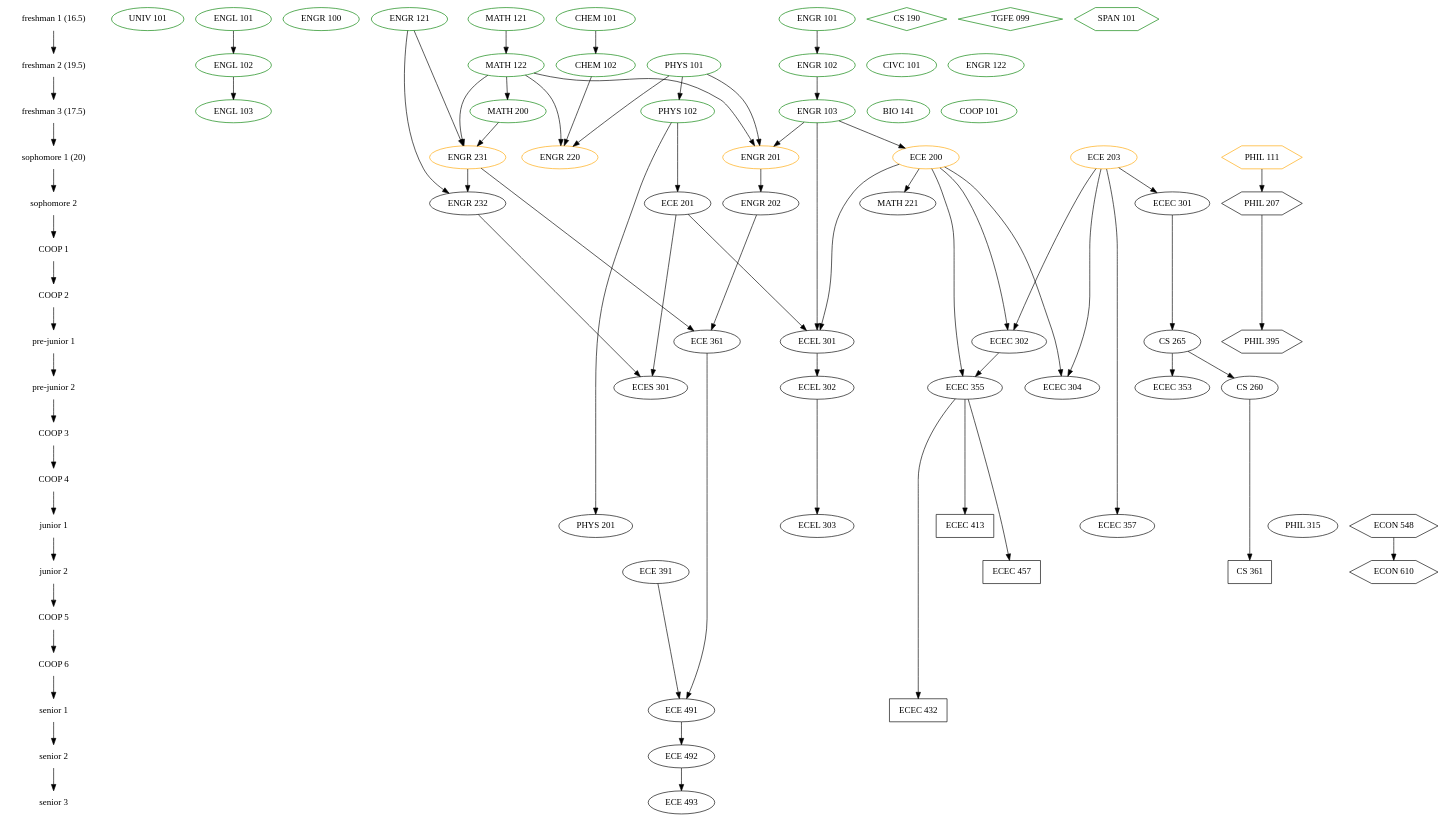
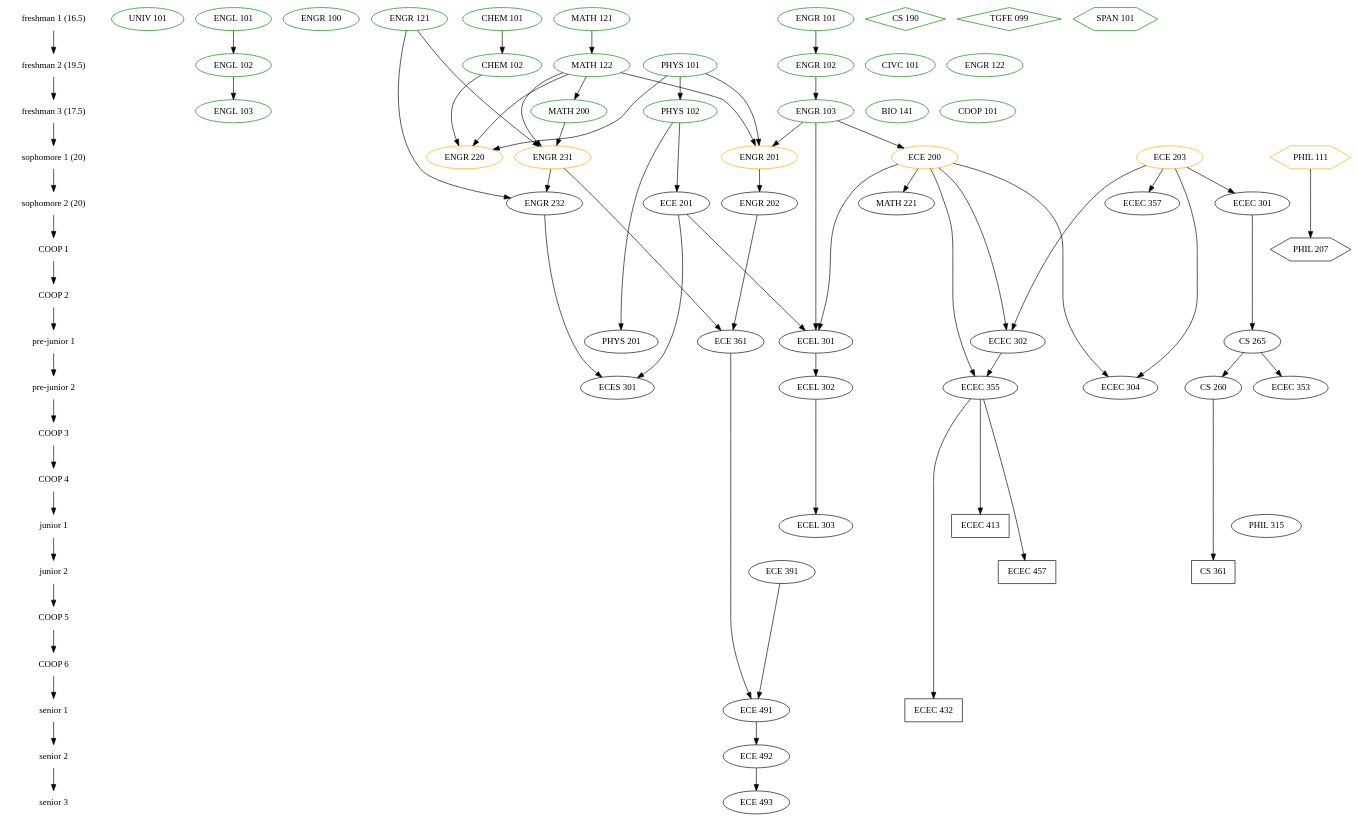
One commit to Theodus/coursework changed the diagram in classes.gv. Above: the diagram before and after it, drawn with Graphviz. The commit also changed 2 other files, not shown here.

Commit message:
move ECEC 357 to Soph2

```diff
--- a/classes.gv
+++ b/classes.gv
@@ -1,167 +1,165 @@
 /* Key:
 
 color:
 green = already taken
 orange = currently taking
 black = not taken
 
 shape:
 ellipse = fixed major degree requirement
 box = major degree elective
 diamond = free elective
 hexagon = general education elective
 */
 
 digraph Classes {
 
   { node [shape=plaintext]
     "freshman 1 (16.5)" ->
     "freshman 2 (19.5)" ->
     "freshman 3 (17.5)" ->
     "sophomore 1 (20)" ->
-    "sophomore 2" ->
+    "sophomore 2 (20)" ->
     "COOP 1" ->
     "COOP 2" ->
     "pre-junior 1" ->
     "pre-junior 2" ->
     "COOP 3" ->
     "COOP 4" ->
     "junior 1" ->
     "junior 2" ->
     "COOP 5" ->
     "COOP 6" ->
     "senior 1" ->
     "senior 2" ->
     "senior 3"
   }
 
   { node [color=green]
     { rank=same "freshman 1 (16.5)"
       "UNIV 101"
       "ENGL 101"
       "ENGR 100"
       "CHEM 101"
       "ENGR 101"
       "ENGR 121"
       "MATH 121"
 
       // AP Credit
       "CS 190" [shape=diamond]
       "TGFE 099" [shape=diamond]
       "SPAN 101" [shape=hexagon]
     }
     { rank=same "freshman 2 (19.5)"
       "CIVC 101"
       "ENGL 102"
       "CHEM 102"
       "ENGR 102"
       "ENGR 122"
       "MATH 122"
       "PHYS 101"
     }
   }
   { node [color=green]
     { rank=same "freshman 3 (17.5)"
       "ENGL 103"
       "ENGR 103"
       "BIO 141"
       "COOP 101"
       "PHYS 102"
       "MATH 200"
     }
   }
   { node [color=orange]
     { rank=same "sophomore 1 (20)"
       "ENGR 201"
       "ENGR 220"
       "ENGR 231"
       "ECE 203"
       "ECE 200"
       "PHIL 111" [shape=hexagon]
     }
   }
-  { rank=same "sophomore 2"
+  { rank=same "sophomore 2 (20)"
     "ECE 201"
     "ECEC 301"
     "ENGR 202"
     "ENGR 232"
     "MATH 221"
+    "ECEC 357"
+  }
+  { rank=same "COOP 1"
     "PHIL 207" [shape=hexagon]
   }
   { rank=same "pre-junior 1"
     "ECEC 302"
     "ECEL 301"
     "ECE 361"
     "CS 265"
-    "PHIL 395" [shape=hexagon]
+    "PHYS 201"
   }
   { rank=same "pre-junior 2"
     "ECEC 304"
     "ECEC 355"
     "ECEL 302"
     "ECES 301"
     "CS 260"
     "ECEC 353"
   }
   { rank=same "junior 1"
-    "ECEC 357"
     "ECEL 303"
-    "PHYS 201"
     "PHIL 315"
     "ECEC 413" [shape=box]
-    "ECON 548" [shape=hexagon]
   }
   { rank=same "junior 2"
     "ECE 391"
     "CS 361" [shape=box]
     "ECEC 457" [shape=box]
-    "ECON 610" [shape=hexagon]
   }
   { rank=same "senior 1"
     "ECE 491"
     "ECEC 432" [shape=box]
   }
   { rank=same "senior 2"
     "ECE 492"
   }
   { rank=same "senior 3"
     "ECE 493"
   }
 
   // General Education/Liberal Studies
 
   "CIVC 101"
   "ENGL 101" -> "ENGL 102" -> "ENGL 103"
   "PHIL 315"
   "UNIV 101"
 
-  "PHIL 111" -> "PHIL 207" -> "PHIL 395"
-  "ECON 548" -> "ECON 610"
+  "PHIL 111" -> "PHIL 207"
 
   // Foundation Requirements
 
   "BIO 141"
   "CHEM 101" -> "CHEM 102"
   "PHYS 101" -> "PHYS 102" -> "PHYS 201"
   "PHYS 102" -> "ECE 201"
   "MATH 121" -> "MATH 122" -> "MATH 200" -> "ENGR 231"
   "ENGR 101" -> "ENGR 102" -> "ENGR 103" -> "ECE 200" -> "MATH 221"
   "ECE 203"
   {"MATH 122" "PHYS 101" "ENGR 103"} -> "ENGR 201" -> "ENGR 202"
   {"CHEM 102" "MATH 122" "PHYS 101"} -> "ENGR 220"
   {"MATH 122" "ENGR 121"} -> "ENGR 231"
   {"ENGR 231" "ENGR 121"} -> "ENGR 232"
 
   // Professional Requirements
 
   "ECE 203" -> "ECEC 301" -> "CS 265" -> "CS 260" -> "CS 361"
   {"ENGR 202" "ENGR 231"} -> "ECE 361"
   {"ECE 391" "ECE 361"} -> "ECE 491" -> "ECE 492" -> "ECE 493"
   {"ECE 203" "ECE 200"} -> "ECEC 302"
   {"ECE 200" "ECE 203"} -> "ECEC 304"
   "CS 265" -> "ECEC 353"
   {"ECE 200" "ECEC 302"} -> "ECEC 355" -> {"ECEC 413" "ECEC 457" "ECEC 432"}
   "ECE 203" -> "ECEC 357"
   {"ENGR 103" "ECE 200" "ECE 201"} -> "ECEL 301" -> "ECEL 302" -> "ECEL 303"
   {"ENGR 232" "ECE 201"} -> "ECES 301"
 }
```
